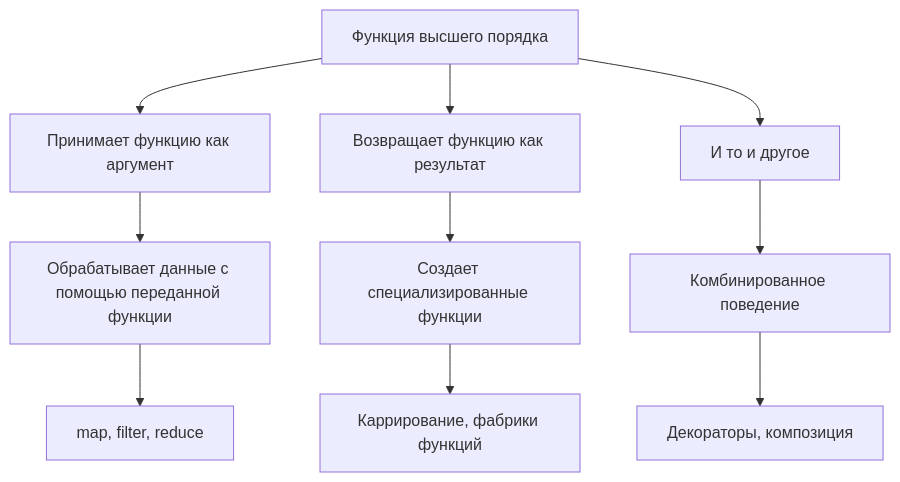
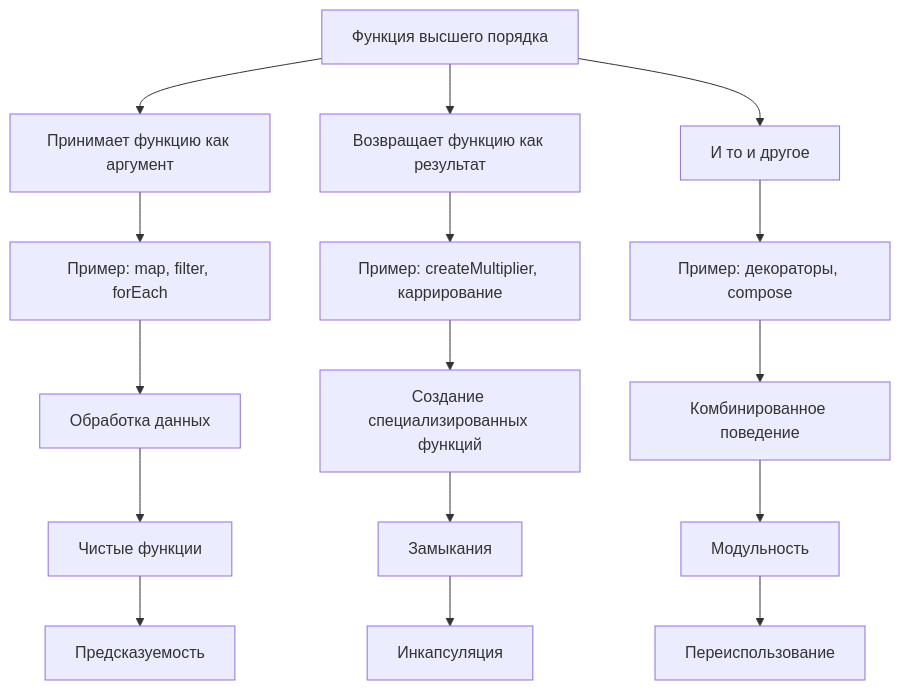
One commit to softboxdev/javascript_frameworks changed the first of 10 diagrams in module_001/high_order_functions_diagrams.md. Above: the diagram before and after it, drawn with Mermaid. The commit also changed other lines of this file, not shown here.

````diff
--- a/module_001/high_order_functions_diagrams.md
+++ b/module_001/high_order_functions_diagrams.md
@@ -5,14 +5,22 @@
 ```mermaid
 graph TD
     A[Функция высшего порядка] --> B[Принимает функцию как аргумент]
     A --> C[Возвращает функцию как результат]
     A --> D[И то и другое]
     
-    B --> E[Обрабатывает данные с помощью переданной функции]
-    C --> F[Создает специализированные функции]
-    D --> G[Комбинированное поведение]
+    B --> E[Пример: map, filter, forEach]
+    C --> F[Пример: createMultiplier, каррирование]
+    D --> G[Пример: декораторы, compose]
     
-    E --> H[map, filter, reduce]
-    F --> I[Каррирование, фабрики функций]
-    G --> J[Декораторы, композиция]
+    E --> H[Обработка данных]
+    F --> I[Создание специализированных функций]
+    G --> J[Комбинированное поведение]
+    
+    H --> K[Чистые функции]
+    I --> L[Замыкания]
+    J --> M[Модульность]
+    
+    K --> N[Предсказуемость]
+    L --> O[Инкапсуляция]
+    M --> P[Переиспользование]
 ```
````
